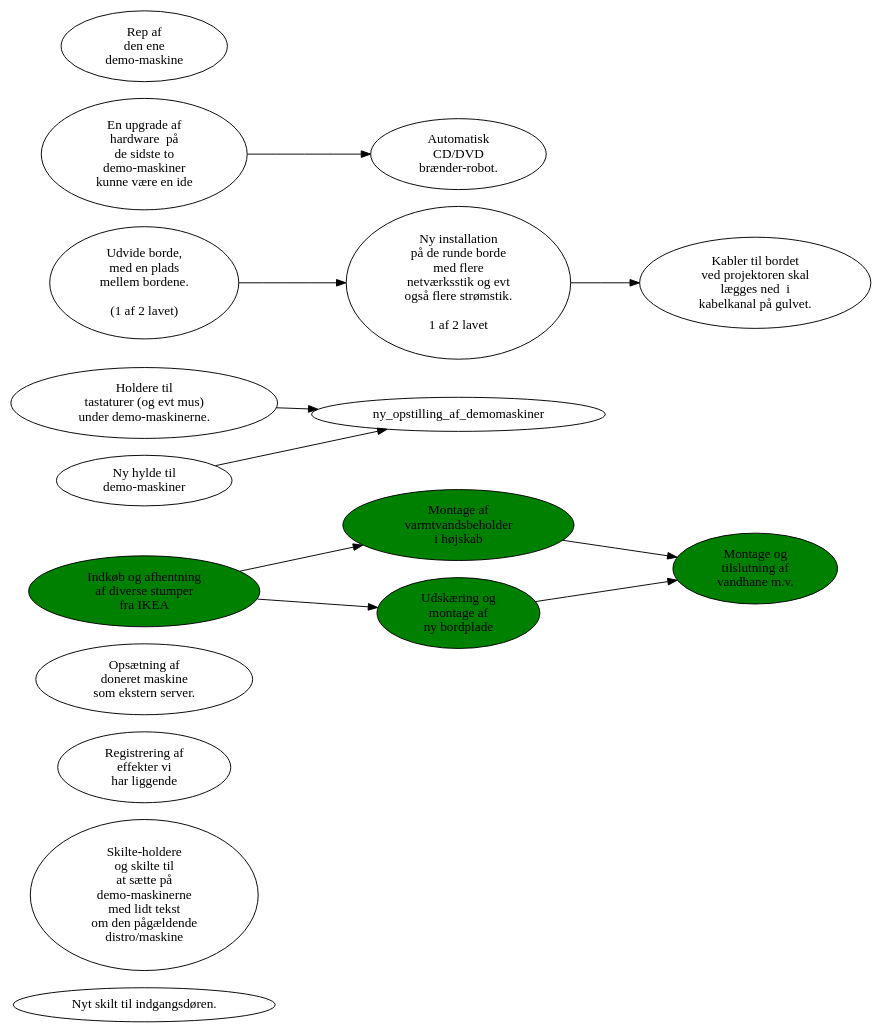
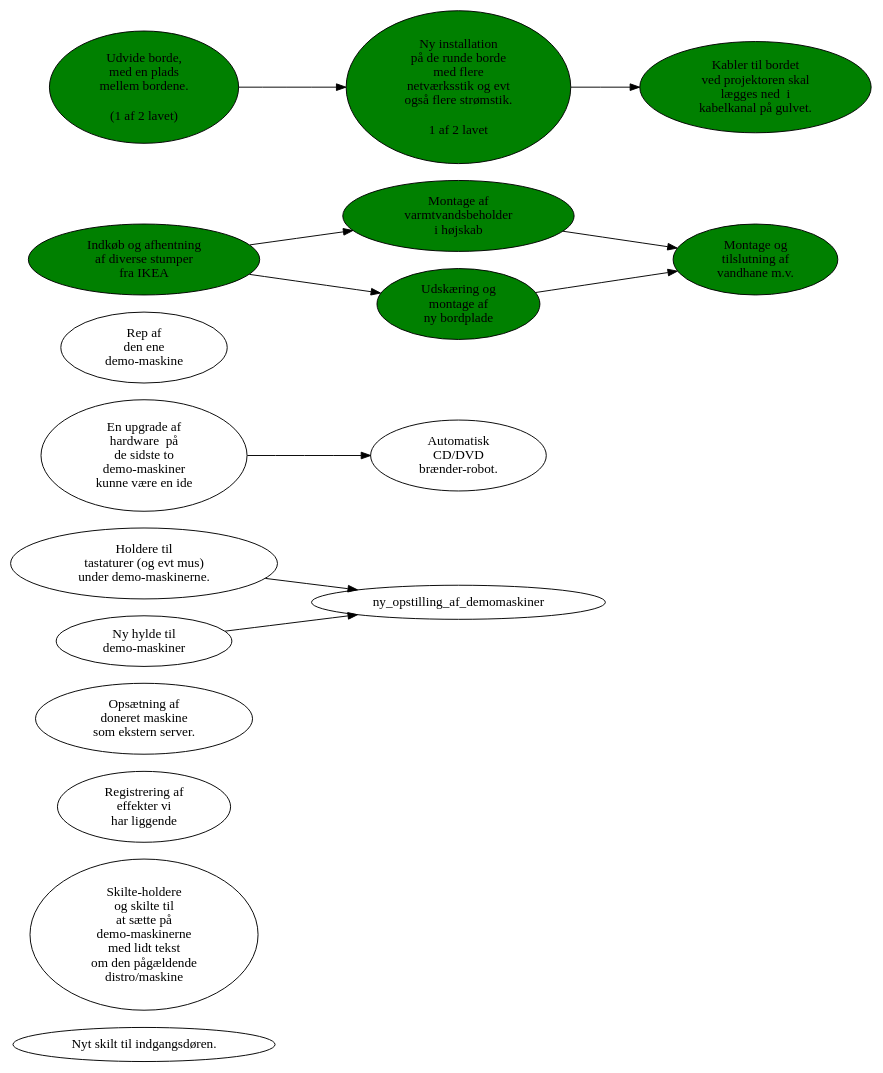
Before and after one commit to alslug/alslug.dk: the diagram in faq/todo.dot, drawn with Graphviz.

```diff
--- a/faq/todo.dot
+++ b/faq/todo.dot
@@ -1,35 +1,37 @@
 digraph xxx {
     rankdir=LR;
     nyt_dørskilt [ label="Nyt skilt til indgangsdøren." ];
     skilteholdere [ label="Skilte-holdere \n og skilte til \n at sætte på \n demo-maskinerne \n med lidt tekst \n om den pågældende \n distro/maskine" ];
     registerer_udstyr [ label="Registrering af \n effekter vi \n har liggende" ];
     ny_bootserver [ label="Opsætning af \n doneret maskine \n som ekstern server." ];
     
-    indkøb_hos_ikea -> {montage_af_varmtvandsbeholder,montage_af_ny_bordplade} -> montage_og_tilslutning_af_vandhane_mv;
 
     lav_keyboard_holdere [ label="Holdere til \n tastaturer (og evt mus) \n under demo-maskinerne." ];
     hylde_til_demomaskiner [ label="Ny hylde til \n demo-maskiner" ];
     {lav_keyboard_holdere,hylde_til_demomaskiner} -> ny_opstilling_af_demomaskiner;
 
-    kabler_på_gulv [ label="Kabler til bordet \n ved projektoren skal \n lægges ned  i \n kabelkanal på gulvet." ];
-    udvid_borde -> bord_instalationer -> kabler_på_gulv;
 
     upgrade_demomaskiner [ label="En upgrade af \n hardware  på \n de sidste to \n demo-maskiner \n kunne være en ide" ];
     rep_af_demomaskine [ label="Rep af \n den ene \n demo-maskine" ];
     cd_brænder [ label="Automatisk \n CD/DVD \n brænder-robot." ];
     upgrade_demomaskiner -> cd_brænder;
     
     node [ style=filled ];
     ////////////////////////////////////////////////////////////////////////////
     // Påbegyndt
     node [ fillcolor=yellow ];
-    udvid_borde [ label="Udvide borde, \n med en plads \n mellem bordene.\n\n(1 af 2 lavet)" ];
-    bord_instalationer [ label="Ny installation \n på de runde borde \n med flere \n netværksstik og evt \n også flere strømstik.\n\n1 af 2 lavet" ];
     ////////////////////////////////////////////////////////////////////////////
     // Afsluttet
     node [ fillcolor=green ];
+
     indkøb_hos_ikea [ label="Indkøb og afhentning \n af diverse stumper \n fra IKEA" style=filled fillcolor=green ];
     montage_af_varmtvandsbeholder [ label="Montage af \n varmtvandsbeholder \n i højskab" style=filled fillcolor=green ];
     montage_af_ny_bordplade [ label="Udskæring og \n montage af \n ny bordplade" style=filled fillcolor=green ];
     montage_og_tilslutning_af_vandhane_mv [ label="Montage og \n tilslutning af \n vandhane m.v." style=filled fillcolor=green ];
+    indkøb_hos_ikea -> {montage_af_varmtvandsbeholder,montage_af_ny_bordplade} -> montage_og_tilslutning_af_vandhane_mv;
+
+    udvid_borde [ label="Udvide borde, \n med en plads \n mellem bordene.\n\n(1 af 2 lavet)" ];
+    bord_instalationer [ label="Ny installation \n på de runde borde \n med flere \n netværksstik og evt \n også flere strømstik.\n\n1 af 2 lavet" ];
+    kabler_på_gulv [ label="Kabler til bordet \n ved projektoren skal \n lægges ned  i \n kabelkanal på gulvet." ];
+    udvid_borde -> bord_instalationer -> kabler_på_gulv;
 }
```
